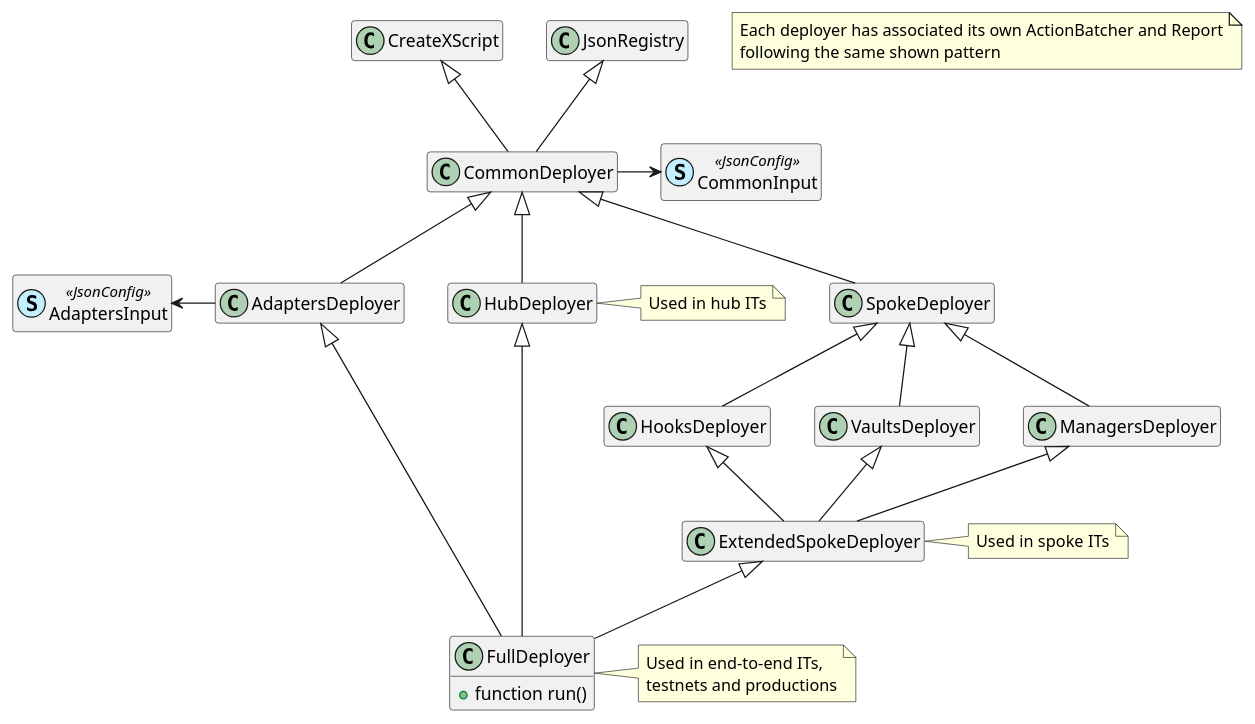
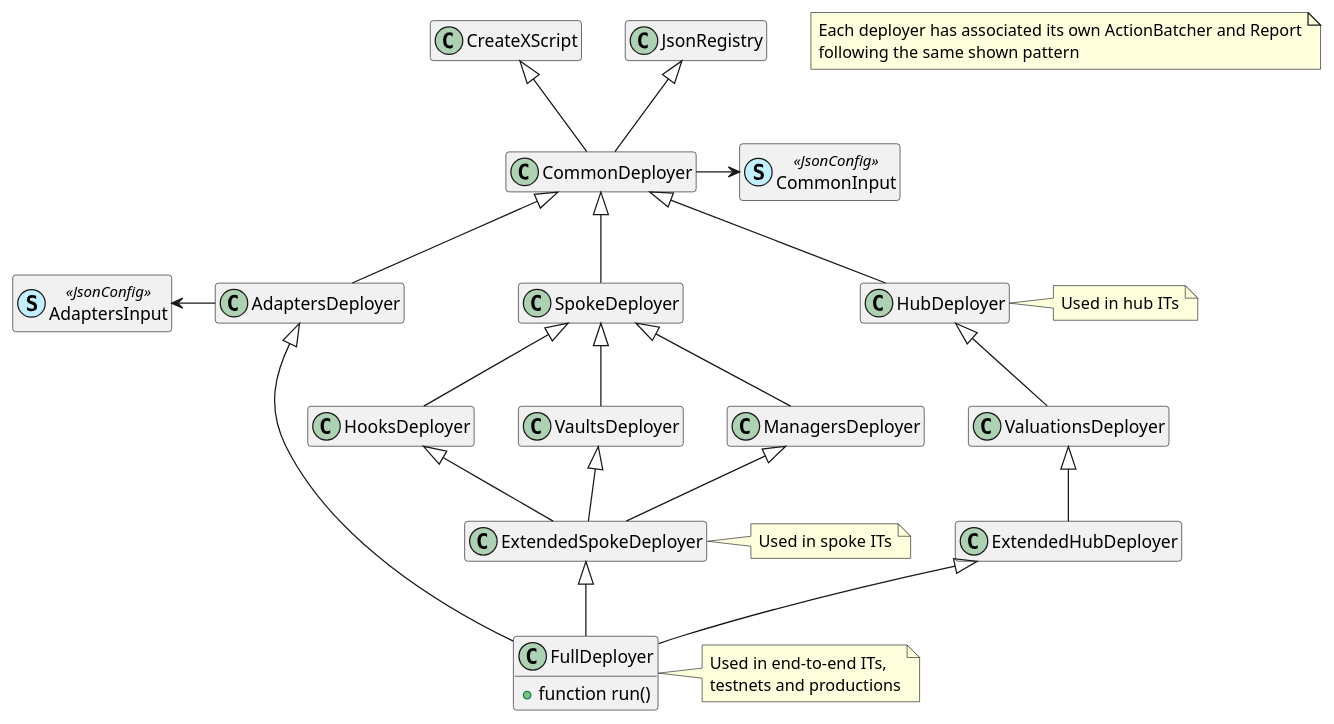
One commit to centrifuge/protocol changed the diagram in docs/architecture/deployers.puml. Above: the diagram before and after it, drawn with PlantUML. The commit also changed 15 other files, not shown here.

```diff
--- a/docs/architecture/deployers.puml
+++ b/docs/architecture/deployers.puml
@@ -1,50 +1,56 @@
 @startuml
 hide empty members
 
 note "Each deployer has associated its own ActionBatcher and Report\nfollowing the same shown pattern" as N1
 
 class JsonRegistry
 class CreateXScript
 
 class CommonDeployer
 class HubDeployer
 class SpokeDeployer
 class AdaptersDeployer
+
+class ValuationsDeployer
+class ExtendedHubDeployer
 
 class ManagersDeployer
 class VaultsDeployer
 class HooksDeployer
 class ExtendedSpokeDeployer
 
 class FullDeployer {
     + function run()
 }
 
 class CommonInput << (S,application) JsonConfig >>
 class AdaptersInput << (S,application) JsonConfig >>
 
 CommonDeployer -up-|> JsonRegistry
 CommonDeployer -up-|> CreateXScript
 HubDeployer -up-|> CommonDeployer
 SpokeDeployer -up-|> CommonDeployer
 AdaptersDeployer -up-|> CommonDeployer
 
+ValuationsDeployer -up-|> HubDeployer
+ExtendedHubDeployer -up-|> ValuationsDeployer
+
 ManagersDeployer -up-|> SpokeDeployer
 VaultsDeployer -up-|> SpokeDeployer
 HooksDeployer -up-|> SpokeDeployer
 
 ExtendedSpokeDeployer -up-|> ManagersDeployer
 ExtendedSpokeDeployer -up-|> VaultsDeployer
 ExtendedSpokeDeployer -up-|> HooksDeployer
 
-FullDeployer -up---|> HubDeployer
+FullDeployer -up-|> ExtendedHubDeployer
 FullDeployer -up-|> ExtendedSpokeDeployer
 FullDeployer -up---|> AdaptersDeployer
 
 CommonDeployer -> CommonInput
 AdaptersDeployer -left> AdaptersInput
 
 note right of ExtendedSpokeDeployer: Used in spoke ITs
 note right of HubDeployer: Used in hub ITs
 note right of FullDeployer: Used in end-to-end ITs,\ntestnets and productions
 @enduml
```
